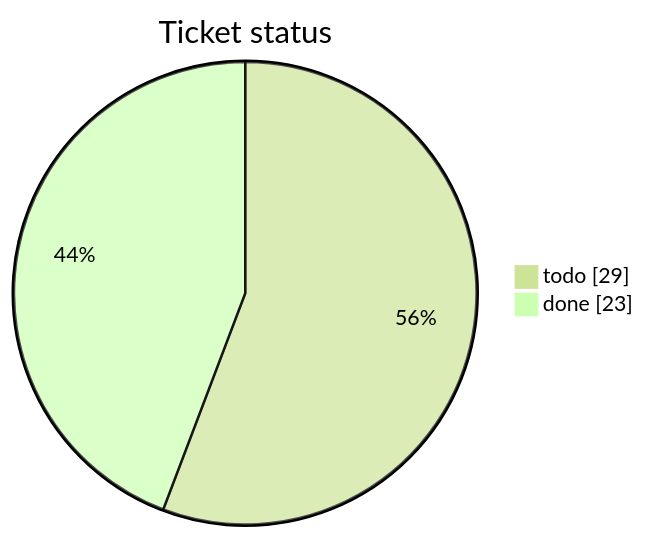
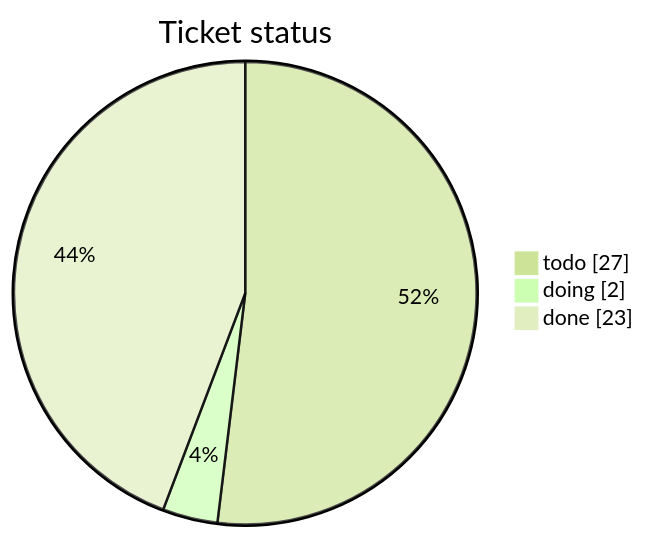
One commit to mohamed-soubhi/bootlab-esp changed the first of 3 diagrams in tickets/TICKETS.md. Above: the diagram before and after it, drawn with Mermaid (forest theme). The commit also changed other lines of this file and 15 other files, not shown here.

````diff
--- a/tickets/TICKETS.md
+++ b/tickets/TICKETS.md
@@ -14,5 +14,6 @@
 ```mermaid
 pie showData title Ticket status
-    "todo" : 29
+    "todo" : 27
+    "doing" : 2
     "done" : 23
 ```
````
